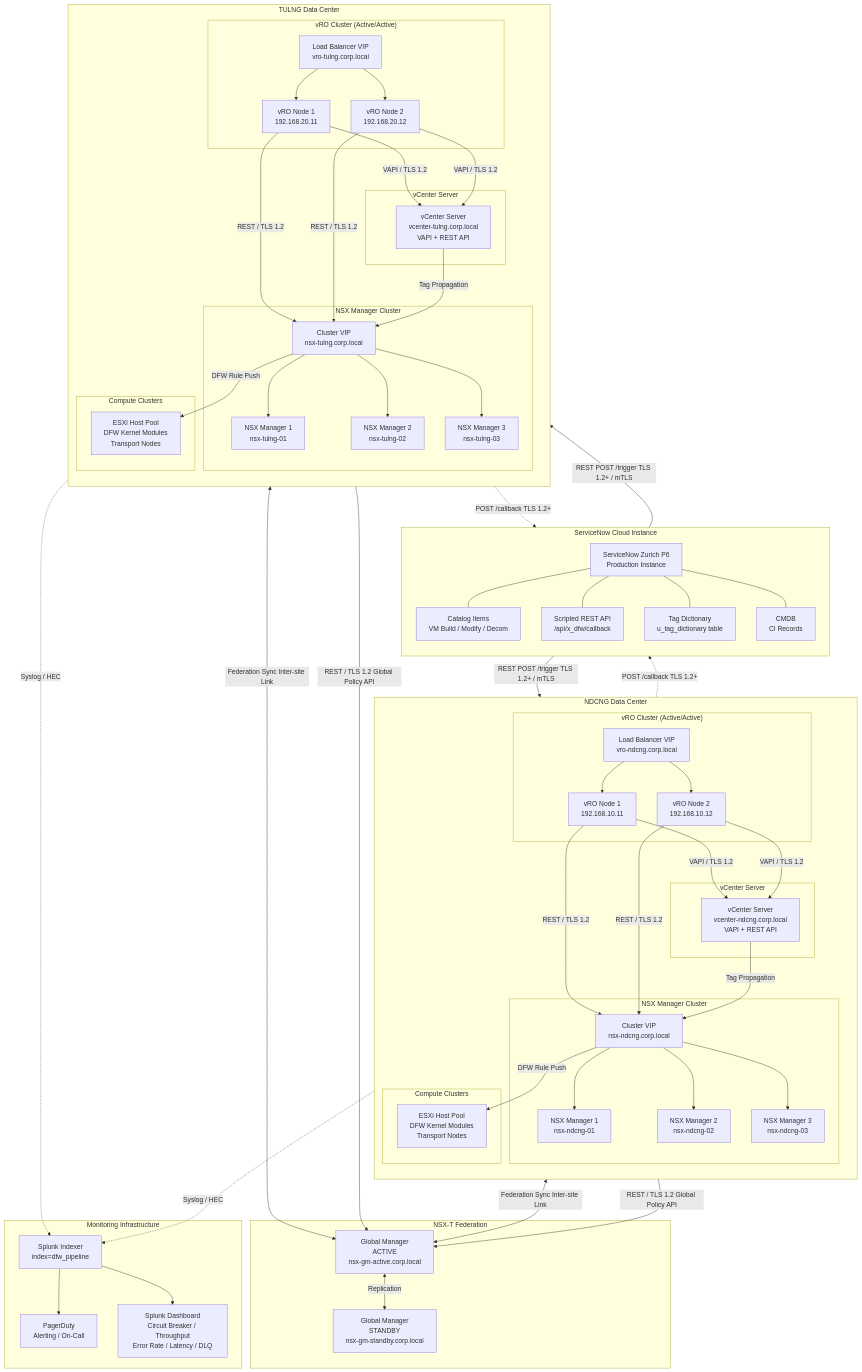
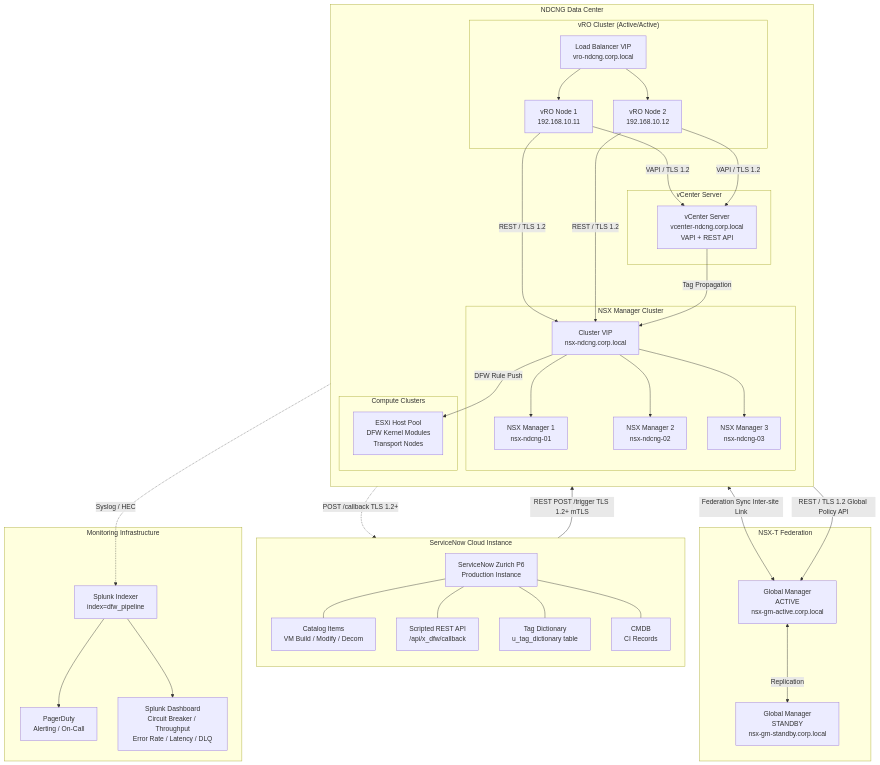
Before and after one commit to srikanth-nalam/dfw-automation-pipeline: the first of 2 diagrams in docs/diagrams/deployment-topology.md, drawn with Mermaid. The commit also changed 12 other files, not shown here.

First line of the commit message:
fix: resolve Mermaid diagram rendering issues across all docs

````diff
--- a/docs/diagrams/deployment-topology.md
+++ b/docs/diagrams/deployment-topology.md
@@ -53,42 +55,6 @@
         VC_N -->|Tag Propagation| NSX_N_VIP
     end
 
-    subgraph TULNG_SITE["TULNG Data Center"]
-        direction TB
-        subgraph VRO_T_CLUSTER["vRO Cluster (Active/Active)"]
-            vRO_T1["vRO Node 1\n192.168.20.11"]
-            vRO_T2["vRO Node 2\n192.168.20.12"]
-            vRO_T_LB["Load Balancer VIP\nvro-tulng.corp.local"]
-            vRO_T_LB --> vRO_T1
-            vRO_T_LB --> vRO_T2
-        end
-
-        subgraph VCENTER_T["vCenter Server"]
-            VC_T["vCenter Server\nvcenter-tulng.corp.local\nVAPI + REST API"]
-        end
-
-        subgraph NSX_T_CLUSTER["NSX Manager Cluster"]
-            NSX_T1["NSX Manager 1\nnsx-tulng-01"]
-            NSX_T2["NSX Manager 2\nnsx-tulng-02"]
-            NSX_T3["NSX Manager 3\nnsx-tulng-03"]
-            NSX_T_VIP["Cluster VIP\nnsx-tulng.corp.local"]
-            NSX_T_VIP --> NSX_T1
-            NSX_T_VIP --> NSX_T2
-            NSX_T_VIP --> NSX_T3
-        end
-
-        subgraph COMPUTE_T["Compute Clusters"]
-            ESXi_T1["ESXi Host Pool\nDFW Kernel Modules\nTransport Nodes"]
-        end
-
-        vRO_T1 -->|VAPI / TLS 1.2| VC_T
-        vRO_T2 -->|VAPI / TLS 1.2| VC_T
-        vRO_T1 -->|REST / TLS 1.2| NSX_T_VIP
-        vRO_T2 -->|REST / TLS 1.2| NSX_T_VIP
-        NSX_T_VIP -->|DFW Rule Push| ESXi_T1
-        VC_T -->|Tag Propagation| NSX_T_VIP
-    end
-
     subgraph FEDERATION["NSX-T Federation"]
         NSX_GM_A["Global Manager\nACTIVE\nnsx-gm-active.corp.local"]
         NSX_GM_S["Global Manager\nSTANDBY\nnsx-gm-standby.corp.local"]
@@ -103,23 +69,18 @@
         SPLUNK --> PAGERDUTY
     end
 
-    %% ServiceNow to vRO (both sites)
-    SNOW_APP -->|"REST POST /trigger TLS 1.2+ / mTLS"| vRO_N_LB
-    SNOW_APP -->|"REST POST /trigger TLS 1.2+ / mTLS"| vRO_T_LB
+    %% ServiceNow to NDCNG vRO
+    SNOW_APP -->|"REST POST /trigger TLS 1.2+ mTLS"| vRO_N_LB
 
-    %% vRO callbacks to ServiceNow
+    %% vRO callback to ServiceNow
     vRO_N_LB -.->|"POST /callback TLS 1.2+"| SNOW_REST
-    vRO_T_LB -.->|"POST /callback TLS 1.2+"| SNOW_REST
 
     %% NSX Federation sync
     NSX_N_VIP <-->|"Federation Sync Inter-site Link"| NSX_GM_A
-    NSX_T_VIP <-->|"Federation Sync Inter-site Link"| NSX_GM_A
 
     %% vRO to Global Manager
     vRO_N_LB -->|"REST / TLS 1.2 Global Policy API"| NSX_GM_A
-    vRO_T_LB -->|"REST / TLS 1.2 Global Policy API"| NSX_GM_A
 
     %% Logging
     vRO_N_LB -.->|Syslog / HEC| SPLUNK
-    vRO_T_LB -.->|Syslog / HEC| SPLUNK
 ```
````
